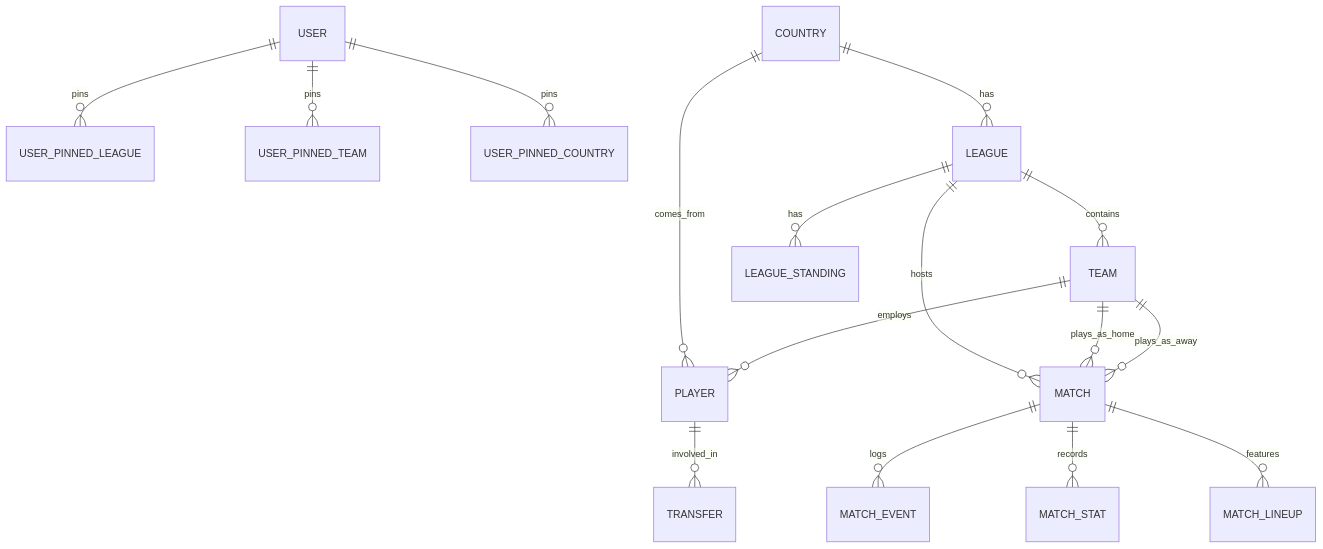
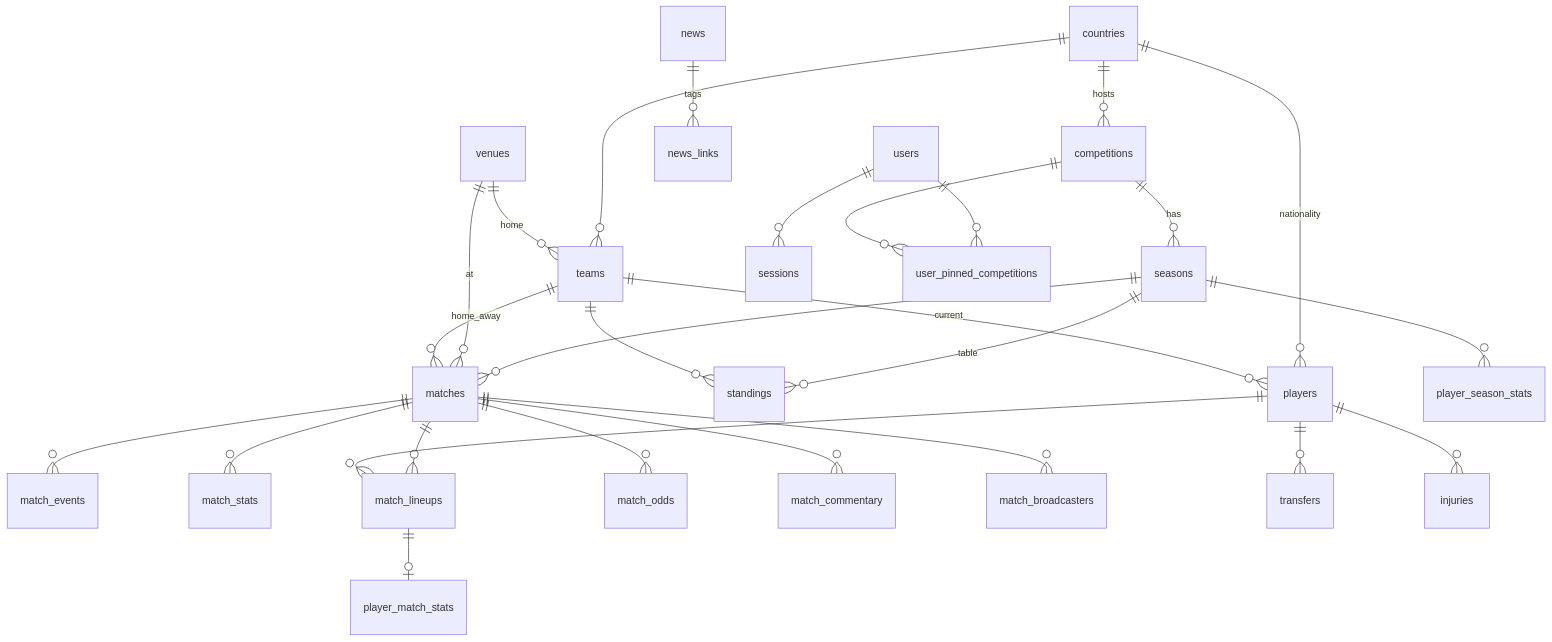
The diagram in docs/postgres-schema-plan.md (d0nedev/newsscore_fe), drawn with Mermaid before and after one commit. The commit also changed other lines of this file and 7 other files, not shown here.

Commit message:
docs: add api contract, postgres schema and backend handler rules

````diff
--- a/docs/postgres-schema-plan.md
+++ b/docs/postgres-schema-plan.md
@@ -23,18 +27,29 @@
 ```mermaid
 erDiagram
-    USER ||--o{ USER_PINNED_LEAGUE : pins
-    USER ||--o{ USER_PINNED_TEAM : pins
-    USER ||--o{ USER_PINNED_COUNTRY : pins
-    COUNTRY ||--o{ LEAGUE : has
-    COUNTRY ||--o{ PLAYER : comes_from
-    LEAGUE ||--o{ TEAM : contains
-    LEAGUE ||--o{ MATCH : hosts
-    LEAGUE ||--o{ LEAGUE_STANDING : has
-    TEAM ||--o{ PLAYER : employs
-    TEAM ||--o{ MATCH : plays_as_home
-    TEAM ||--o{ MATCH : plays_as_away
-    PLAYER ||--o{ TRANSFER : involved_in
-    MATCH ||--o{ MATCH_EVENT : logs
-    MATCH ||--o{ MATCH_STAT : records
-    MATCH ||--o{ MATCH_LINEUP : features
+    countries ||--o{ competitions : hosts
+    countries ||--o{ teams : ""
+    countries ||--o{ players : nationality
+    competitions ||--o{ seasons : has
+    seasons ||--o{ standings : table
+    seasons ||--o{ matches : ""
+    seasons ||--o{ player_season_stats : ""
+    teams ||--o{ standings : ""
+    teams ||--o{ players : current
+    venues ||--o{ teams : home
+    venues ||--o{ matches : at
+    teams ||--o{ matches : home_away
+    matches ||--o{ match_events : ""
+    matches ||--o{ match_stats : ""
+    matches ||--o{ match_lineups : ""
+    matches ||--o{ match_odds : ""
+    matches ||--o{ match_commentary : ""
+    matches ||--o{ match_broadcasters : ""
+    players ||--o{ match_lineups : ""
+    match_lineups ||--o| player_match_stats : ""
+    players ||--o{ transfers : ""
+    players ||--o{ injuries : ""
+    news ||--o{ news_links : tags
+    users ||--o{ sessions : ""
+    users ||--o{ user_pinned_competitions : ""
+    competitions ||--o{ user_pinned_competitions : ""
 ```
````
